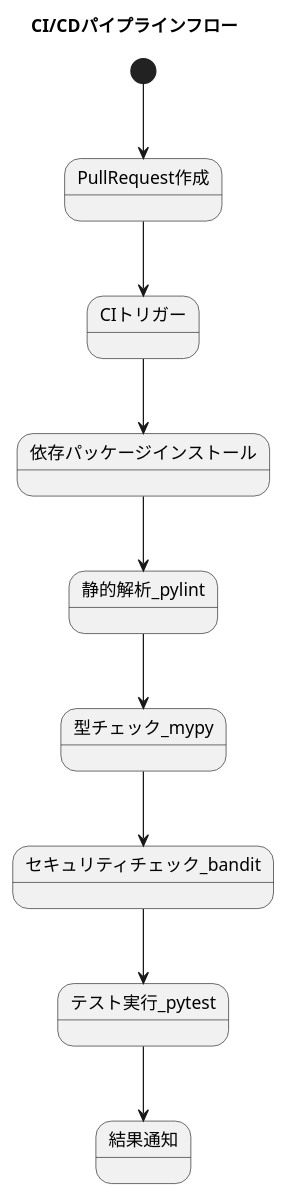
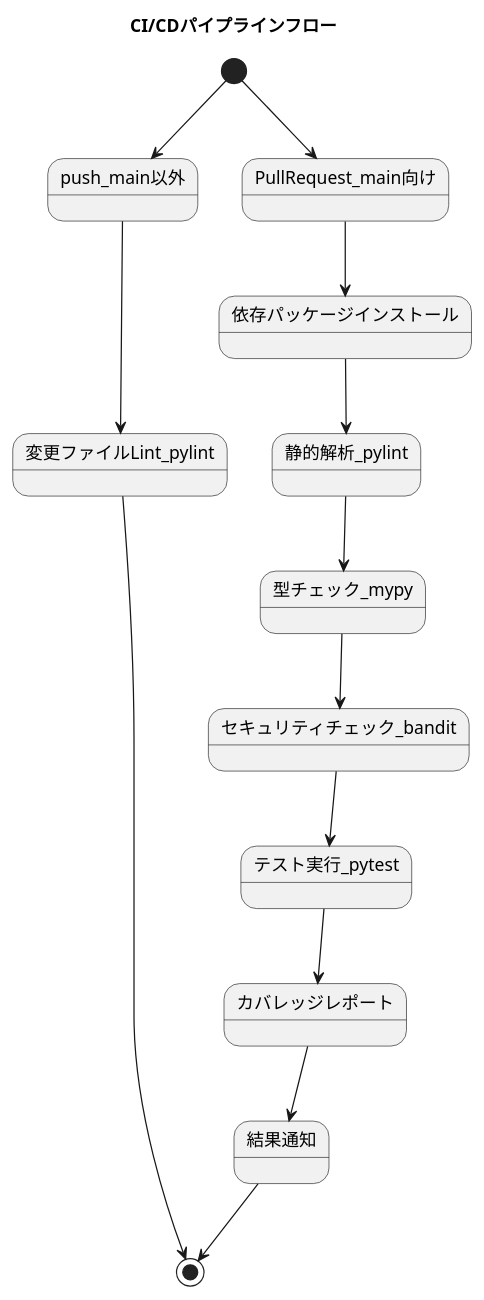
One commit to masaki-kato-119/test_repository changed the diagram in README.md. Above: the diagram before and after it, drawn with PlantUML. The commit also changed other lines of this file and 2 other files, not shown here.

````diff
--- a/README.md
+++ b/README.md
@@ -116,14 +220,19 @@
 ```plantuml
 @startuml
 title CI/CDパイプラインフロー
 
-[*] --> PullRequest作成
-PullRequest作成 --> CIトリガー
-CIトリガー --> 依存パッケージインストール
+[*] --> push_main以外
+push_main以外 --> 変更ファイルLint_pylint
+変更ファイルLint_pylint --> [*]
+
+[*] --> PullRequest_main向け
+PullRequest_main向け --> 依存パッケージインストール
 依存パッケージインストール --> 静的解析_pylint
 静的解析_pylint --> 型チェック_mypy
 型チェック_mypy --> セキュリティチェック_bandit
 セキュリティチェック_bandit --> テスト実行_pytest
-テスト実行_pytest --> 結果通知
+テスト実行_pytest --> カバレッジレポート
+カバレッジレポート --> 結果通知
+結果通知 --> [*]
 @enduml
 ```
````
